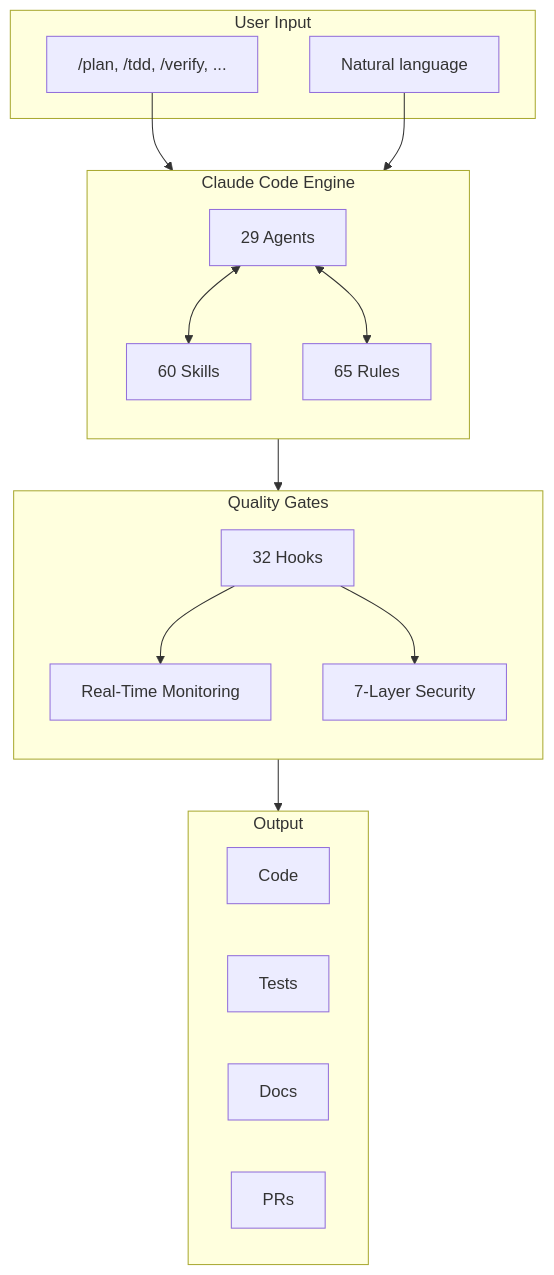
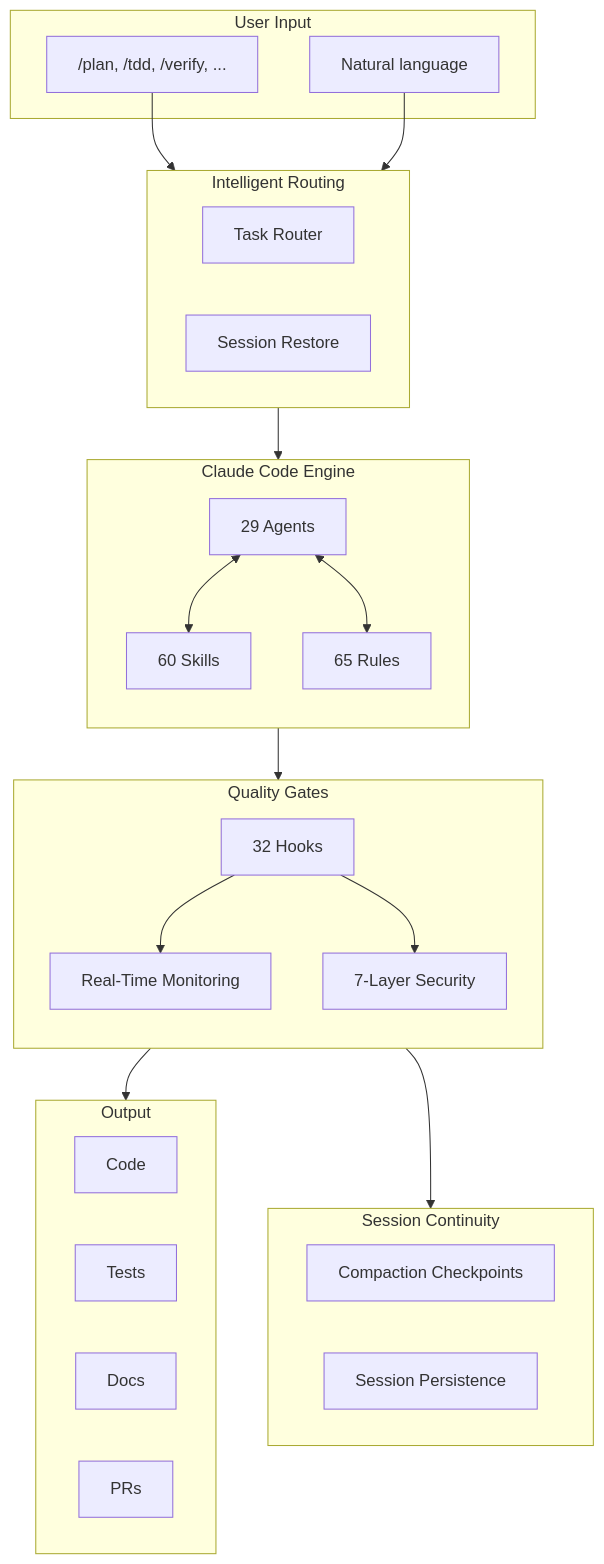
One commit to Cyvid7-Darus10/claude-code-config changed the first of 8 diagrams in README.md. Above: the diagram before and after it, drawn with Mermaid. The commit also changed other lines of this file and 6 other files, not shown here.

First line of the commit message:
feat: add intelligent task routing, session continuity, and pre-compaction checkpoints

````diff
--- a/README.md
+++ b/README.md
@@ -79,37 +81,49 @@
 ```mermaid
 graph TB
     subgraph Input["User Input"]
         CMD["/plan, /tdd, /verify, ..."]
         CHAT["Natural language"]
+    end
+
+    subgraph Router["Intelligent Routing"]
+        TR["Task Router"]
+        SR["Session Restore"]
     end
 
     subgraph Core["Claude Code Engine"]
         direction TB
         AGENTS["29 Agents"]
         SKILLS["60 Skills"]
         RULES["65 Rules"]
     end
 
     subgraph Quality["Quality Gates"]
         direction TB
         HOOKS["32 Hooks"]
         SEC["7-Layer Security"]
         MON["Real-Time Monitoring"]
     end
 
+    subgraph Persistence["Session Continuity"]
+        CP["Compaction Checkpoints"]
+        SP["Session Persistence"]
+    end
+
     subgraph Output["Output"]
         CODE["Code"]
         TESTS["Tests"]
         DOCS["Docs"]
         PR["PRs"]
     end
 
-    CMD --> Core
-    CHAT --> Core
+    CMD --> Router
+    CHAT --> Router
+    Router --> Core
     Core --> Quality
     Quality --> Output
+    Quality --> Persistence
     AGENTS <--> SKILLS
     AGENTS <--> RULES
     HOOKS --> MON
     HOOKS --> SEC
 ```
````
